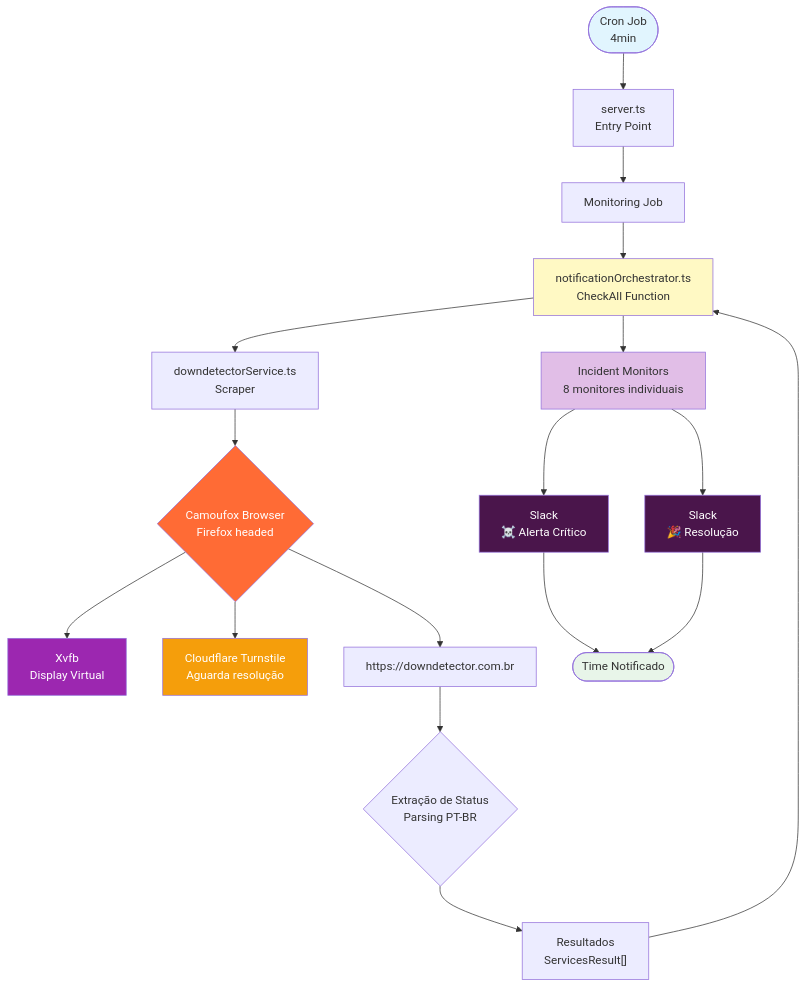
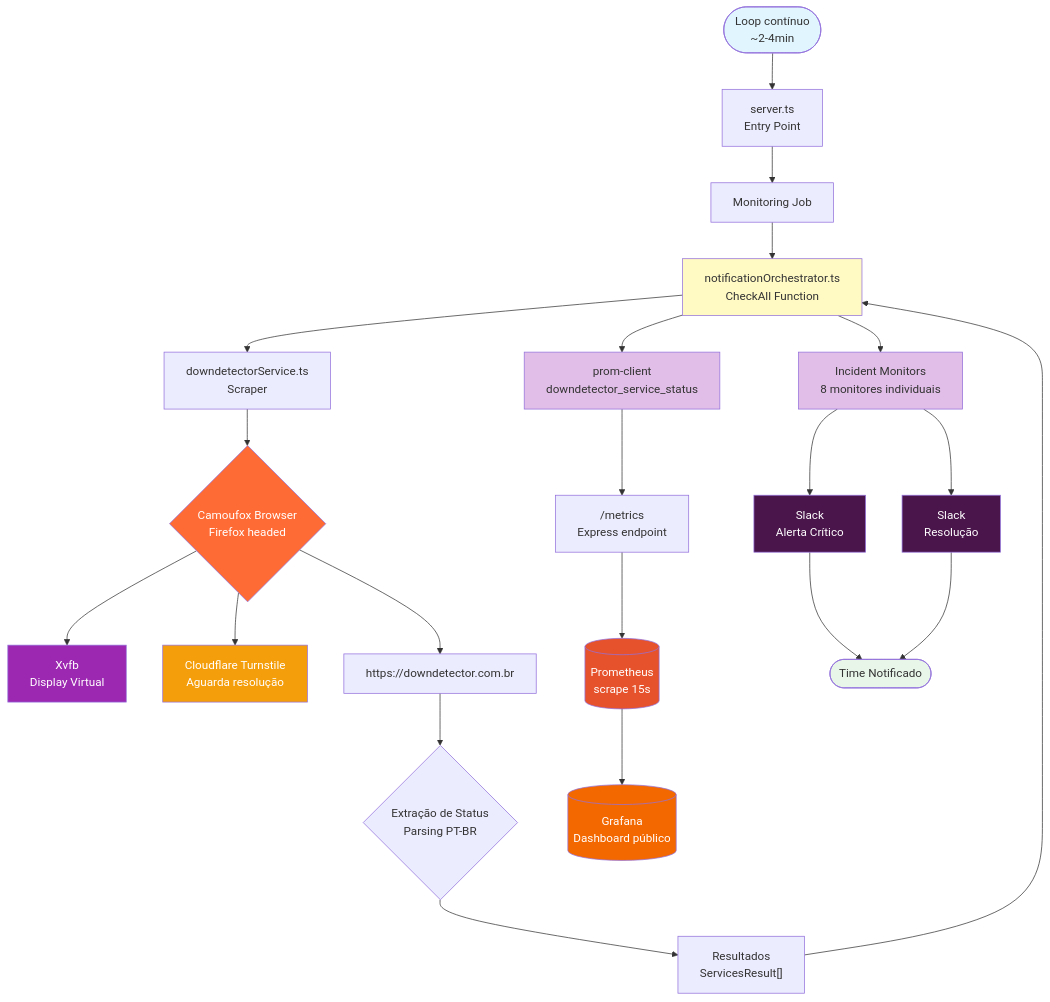
One commit to eduardotashiro/downdetector-slack changed the first of 4 diagrams in README.md. Above: the diagram before and after it, drawn with Mermaid. The commit also changed other lines of this file and 1 other file, not shown here.

````diff
--- a/README.md
+++ b/README.md
@@ -234,35 +236,43 @@
 ```mermaid
 graph TB
-    Start([Cron Job<br/>4min]) --> Server[server.ts<br/>Entry Point]
+    Start([Loop contínuo<br/>~2-4min]) --> Server[server.ts<br/>Entry Point]
     Server --> Job[Monitoring Job]
     Job --> Orchestrator[notificationOrchestrator.ts<br/>CheckAll Function]
 
     Orchestrator --> Scraper[downdetectorService.ts<br/>Scraper]
 
     Scraper --> Browser{Camoufox Browser<br/>Firefox headed}
     Browser --> Xvfb[Xvfb<br/>Display Virtual]
     Browser --> Turnstile[Cloudflare Turnstile<br/>Aguarda resolução]
     Browser --> DD[https://downdetector.com.br]
 
     DD --> Data{Extração de Status<br/>Parsing PT-BR}
     Data --> Results["Resultados<br/>ServicesResult[]"]
     Results --> Orchestrator
 
     Orchestrator --> Incident[Incident Monitors<br/>8 monitores individuais]
+    Orchestrator --> Metrics[prom-client<br/>downdetector_service_status]
 
-    Incident --> Slack1[Slack<br/>☠️ Alerta Crítico]
-    Incident --> Slack2[Slack<br/>🎉 Resolução]
+    Incident --> Slack1[Slack<br/>Alerta Crítico]
+    Incident --> Slack2[Slack<br/>Resolução]
+
+    Metrics --> Endpoint["/metrics<br/>Express endpoint"]
+    Endpoint --> Prom[(Prometheus<br/>scrape 15s)]
+    Prom --> Grafana[(Grafana<br/>Dashboard público)]
 
     Slack1 --> End([Time Notificado])
     Slack2 --> End
 
     style Start fill:#e1f5fe
     style Orchestrator fill:#fff9c4
     style Browser fill:#FF6B35,color:#fff
     style Xvfb fill:#9C27B0,color:#fff
     style Turnstile fill:#f59e0b,color:#fff
     style Incident fill:#e1bee7
+    style Metrics fill:#e1bee7
+    style Prom fill:#E6522C,color:#fff
+    style Grafana fill:#F46800,color:#fff
     style Slack1 fill:#4A154B,color:#fff
     style Slack2 fill:#4A154B,color:#fff
     style End fill:#e8f5e9
 ```
````
